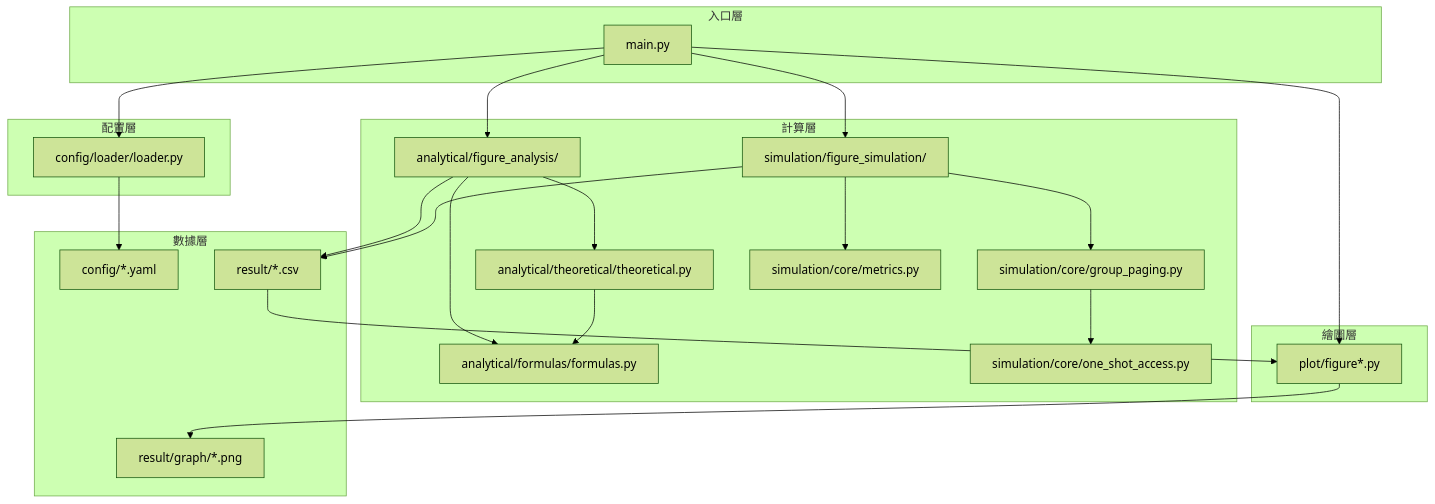
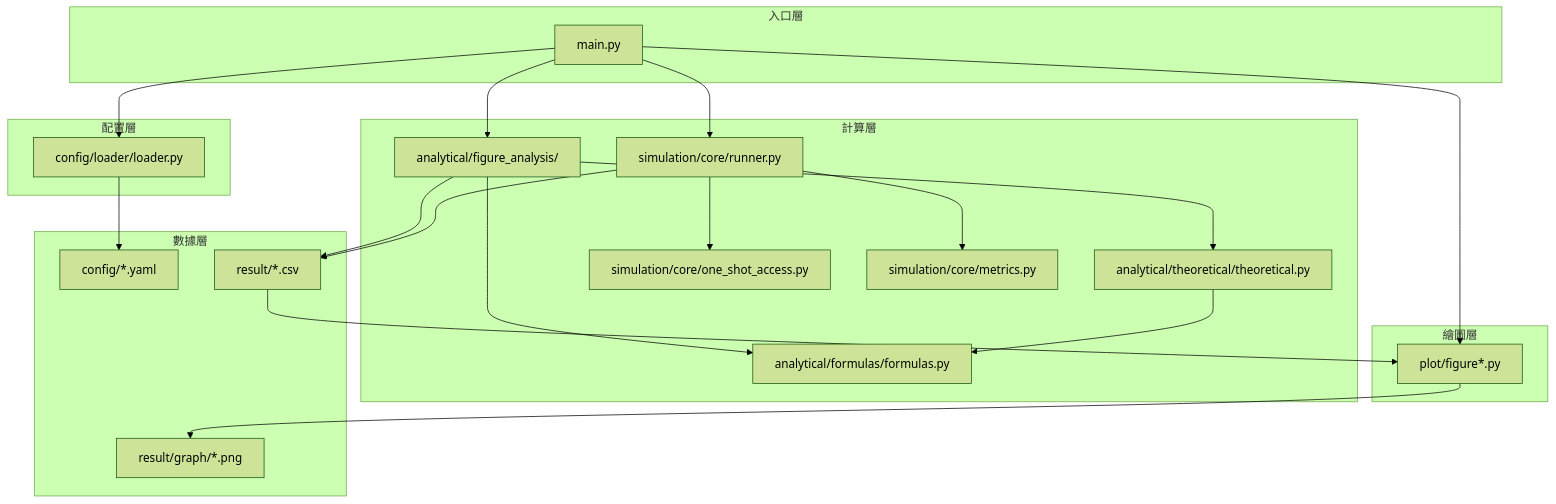
The third of 10 diagrams in README.md (simonmkkk/FYP-1-One-Shot-Random-Access-New-Architecture), drawn with Mermaid (forest theme) before and after one commit. The commit also changed other lines of this file and 9 other files, not shown here.

````diff
--- a/README.md
+++ b/README.md
@@ -500,50 +475,48 @@
 ```mermaid
 graph TD
     subgraph Entry[入口層]
         Main[main.py]
     end
     
     subgraph ConfigLayer[配置層]
         Config[config/loader/loader.py]
     end
     
     subgraph ComputeLayer[計算層]
         Formulas[analytical/formulas/formulas.py]
         Theoretical[analytical/theoretical/theoretical.py]
         FigAnalysis[analytical/figure_analysis/]
         OneShot[simulation/core/one_shot_access.py]
-        GroupPaging[simulation/core/group_paging.py]
+        Runner[simulation/core/runner.py]
         Metrics[simulation/core/metrics.py]
-        FigSim[simulation/figure_simulation/]
     end
     
     subgraph PlotLayer[繪圖層]
         PlotModule[plot/figure*.py]
     end
     
     subgraph DataLayer[數據層]
         YAML[config/*.yaml]
         CSV[result/*.csv]
         PNG[result/graph/*.png]
     end
     
     Main --> Config
     Config --> YAML
     
     Main --> FigAnalysis
-    Main --> FigSim
+    Main --> Runner
     Main --> PlotModule
     
     FigAnalysis --> Formulas
     FigAnalysis --> Theoretical
     Theoretical --> Formulas
     
-    FigSim --> GroupPaging
-    GroupPaging --> OneShot
-    FigSim --> Metrics
+    Runner --> OneShot
+    Runner --> Metrics
     
     FigAnalysis --> CSV
-    FigSim --> CSV
+    Runner --> CSV
     CSV --> PlotModule
     PlotModule --> PNG
 ```
````
